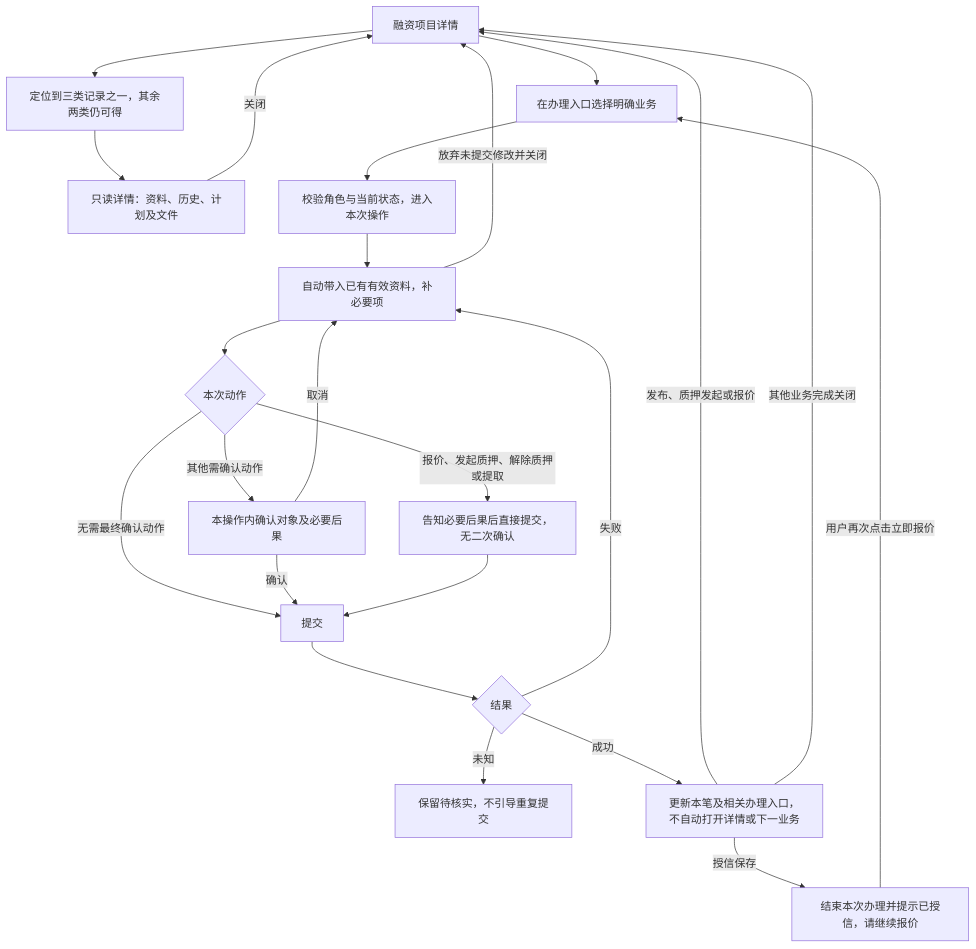
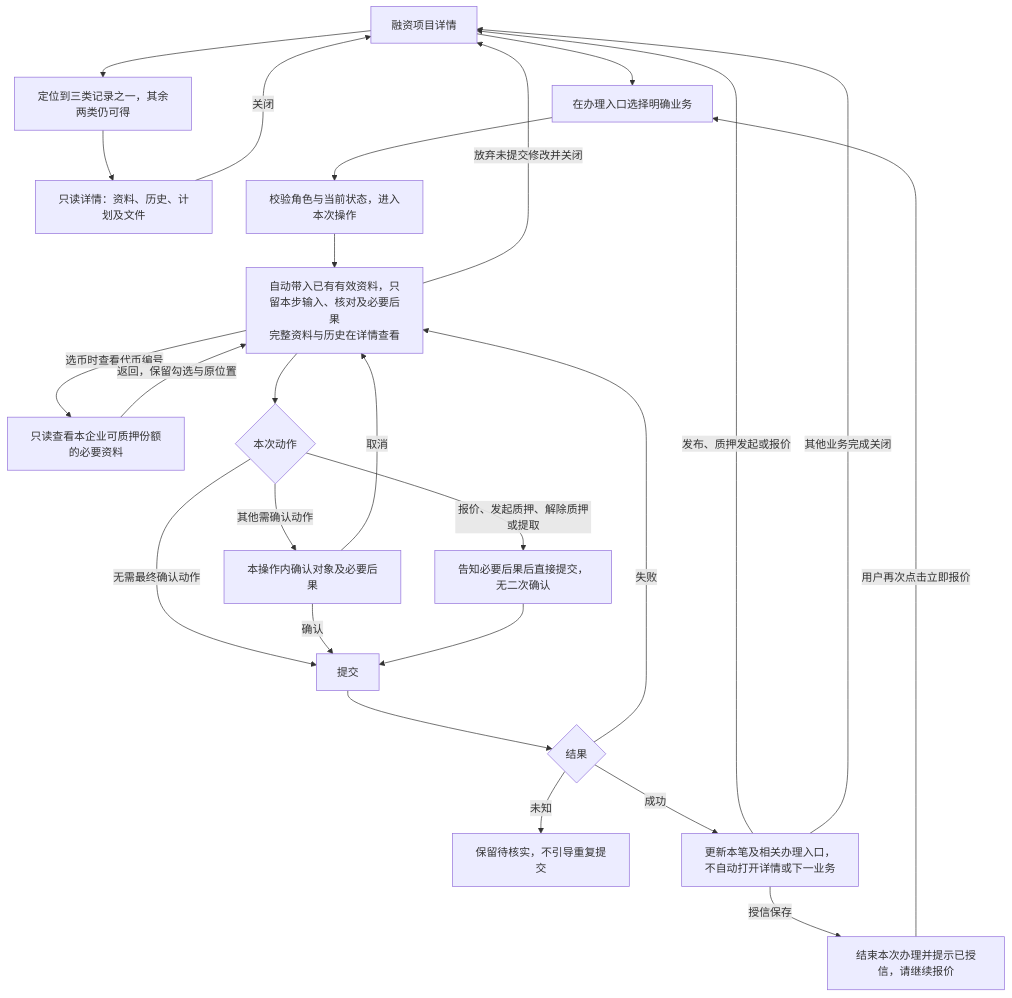
The seventh of 10 diagrams in lending-platform/PRD/面客端/05-借贷广场-融资需求与代币质押/02-融资需求与代币质押-流程图与状态机.md (wxblockchain/Chain-Financing), drawn with Mermaid before and after one commit. The commit also changed other lines of this file and 3 other files, not shown here.

````diff
--- a/lending-platform/PRD/面客端/05-借贷广场-融资需求与代币质押/02-融资需求与代币质押-流程图与状态机.md
+++ b/lending-platform/PRD/面客端/05-借贷广场-融资需求与代币质押/02-融资需求与代币质押-流程图与状态机.md
@@ -199,25 +199,27 @@
 ```mermaid
 flowchart TD
   A[融资项目详情] --> B[定位到三类记录之一，其余两类仍可得]
   B --> C[只读详情：资料、历史、计划及文件]
   C -->|关闭| A
   A --> D[在办理入口选择明确业务]
   D --> E[校验角色与当前状态，进入本次操作]
-  E --> F[自动带入已有有效资料，补必要项]
+  E --> F[自动带入已有有效资料，只留本步输入、核对及必要后果<br/>完整资料与历史在详情查看]
+  F -->|选币时查看代币编号| R[只读查看本企业可质押份额的必要资料]
+  R -->|返回，保留勾选与原位置| F
   F --> G{本次动作}
   G -->|报价、发起质押、解除质押或提取| H[告知必要后果后直接提交，无二次确认]
   G -->|其他需确认动作| I[本操作内确认对象及必要后果]
   G -->|无需最终确认动作| J[提交]
   I -->|确认| J
   I -->|取消| F
   H --> J
   J --> K{结果}
   K -->|失败| F
   K -->|未知| U[保留待核实，不引导重复提交]
   K -->|成功| V[更新本笔及相关办理入口，不自动打开详情或下一业务]
   V -->|授信保存| T[结束本次办理并提示已授信，请继续报价]
   T -->|用户再次点击立即报价| D
   V -->|发布、质押发起或报价| A
   V -->|其他业务完成关闭| A
   F -->|放弃未提交修改并关闭| A
 ```
````
